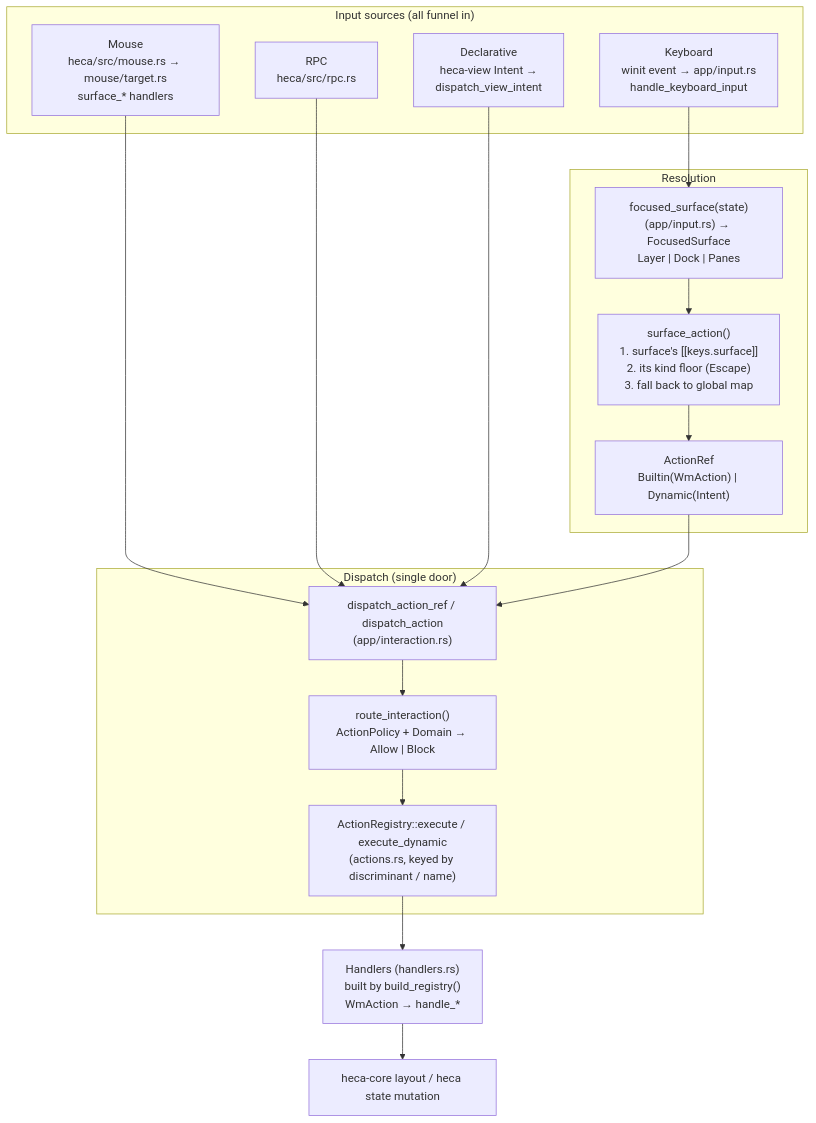
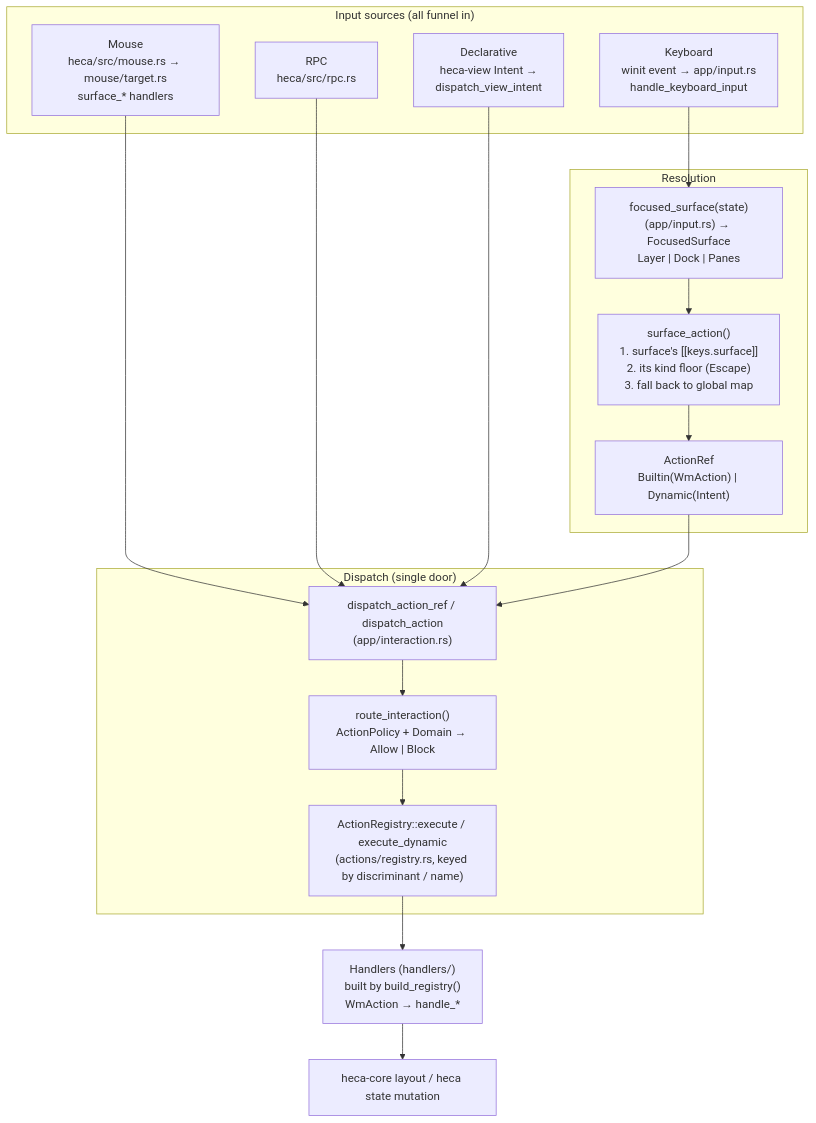
Before and after one commit to ovidius72/heca: the second of 3 diagrams in docs/architecture.md, drawn with Mermaid. The commit also changed other lines of this file and 116 other files, not shown here.

````diff
--- a/docs/architecture.md
+++ b/docs/architecture.md
@@ -162,31 +162,31 @@
 ```mermaid
 flowchart TD
     subgraph SRC["Input sources (all funnel in)"]
         kb["Keyboard\nwinit event → app/input.rs\nhandle_keyboard_input"]
         mo["Mouse\nheca/src/mouse.rs → mouse/target.rs\nsurface_* handlers"]
         rpc["RPC\nheca/src/rpc.rs"]
         decl["Declarative\nheca-view Intent →\ndispatch_view_intent"]
     end
 
     subgraph RES["Resolution"]
         fs["focused_surface(state)\n(app/input.rs) → FocusedSurface\nLayer | Dock | Panes"]
         sa["surface_action()\n1. surface's [[keys.surface]]\n2. its kind floor (Escape)\n3. fall back to global map"]
         ar["ActionRef\nBuiltin(WmAction) | Dynamic(Intent)"]
     end
 
     subgraph DISP["Dispatch (single door)"]
         dar["dispatch_action_ref / dispatch_action\n(app/interaction.rs)"]
         ri["route_interaction()\nActionPolicy + Domain → Allow | Block"]
-        reg["ActionRegistry::execute / execute_dynamic\n(actions.rs, keyed by discriminant / name)"]
+        reg["ActionRegistry::execute / execute_dynamic\n(actions/registry.rs, keyed by discriminant / name)"]
     end
 
-    hdl["Handlers (handlers.rs)\nbuilt by build_registry()\nWmAction → handle_*"]
+    hdl["Handlers (handlers/)\nbuilt by build_registry()\nWmAction → handle_*"]
     core["heca-core layout / heca state mutation"]
 
     kb --> fs
     mo --> dar
     rpc --> dar
     decl --> dar
     fs --> sa --> ar --> dar
     dar --> ri --> reg --> hdl --> core
 ```
````
